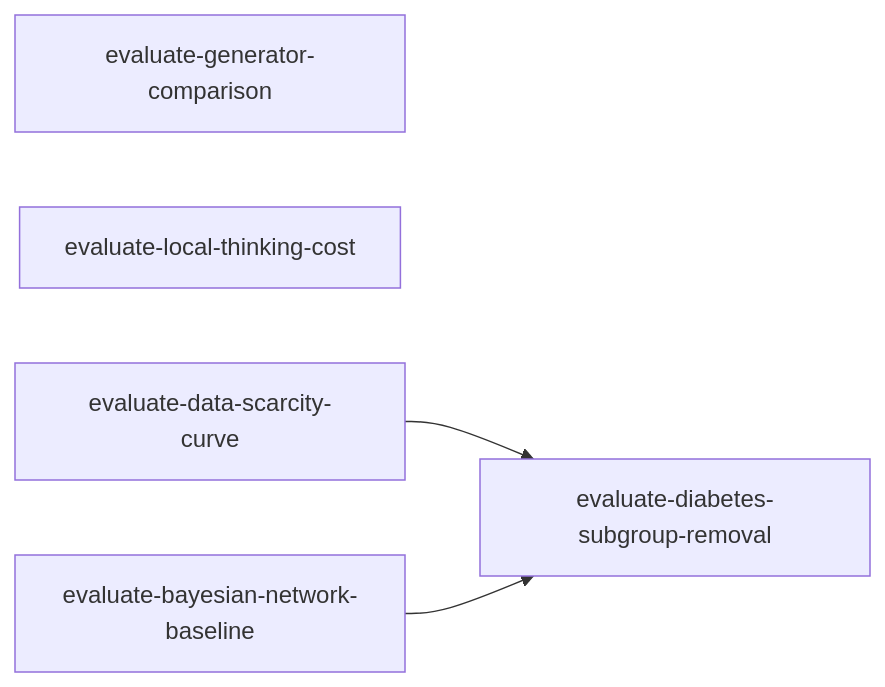
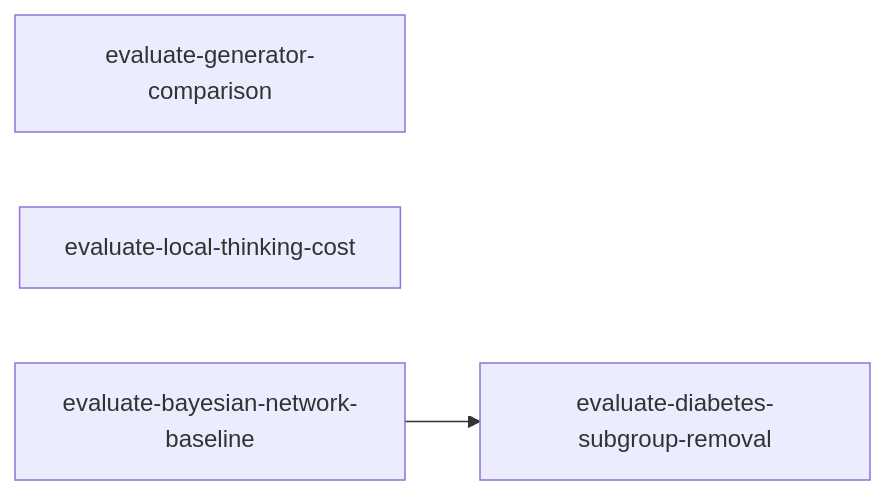
One commit to joe-dartmouth/synthetic changed the diagram in tasks/experiments-index.md. Above: the diagram before and after it, drawn with Mermaid. The commit also changed other lines of this file and 25 other files, not shown here.

````diff
--- a/tasks/experiments-index.md
+++ b/tasks/experiments-index.md
@@ -29,7 +28,6 @@
 ```mermaid
 flowchart LR
     generator_comparison[evaluate-generator-comparison]
     local_thinking[evaluate-local-thinking-cost]
-    scarcity_curve[evaluate-data-scarcity-curve] --> diabetes_removal[evaluate-diabetes-subgroup-removal]
-    bn_baseline[evaluate-bayesian-network-baseline] --> diabetes_removal
+    bn_baseline[evaluate-bayesian-network-baseline] --> diabetes_removal[evaluate-diabetes-subgroup-removal]
 ```
````
